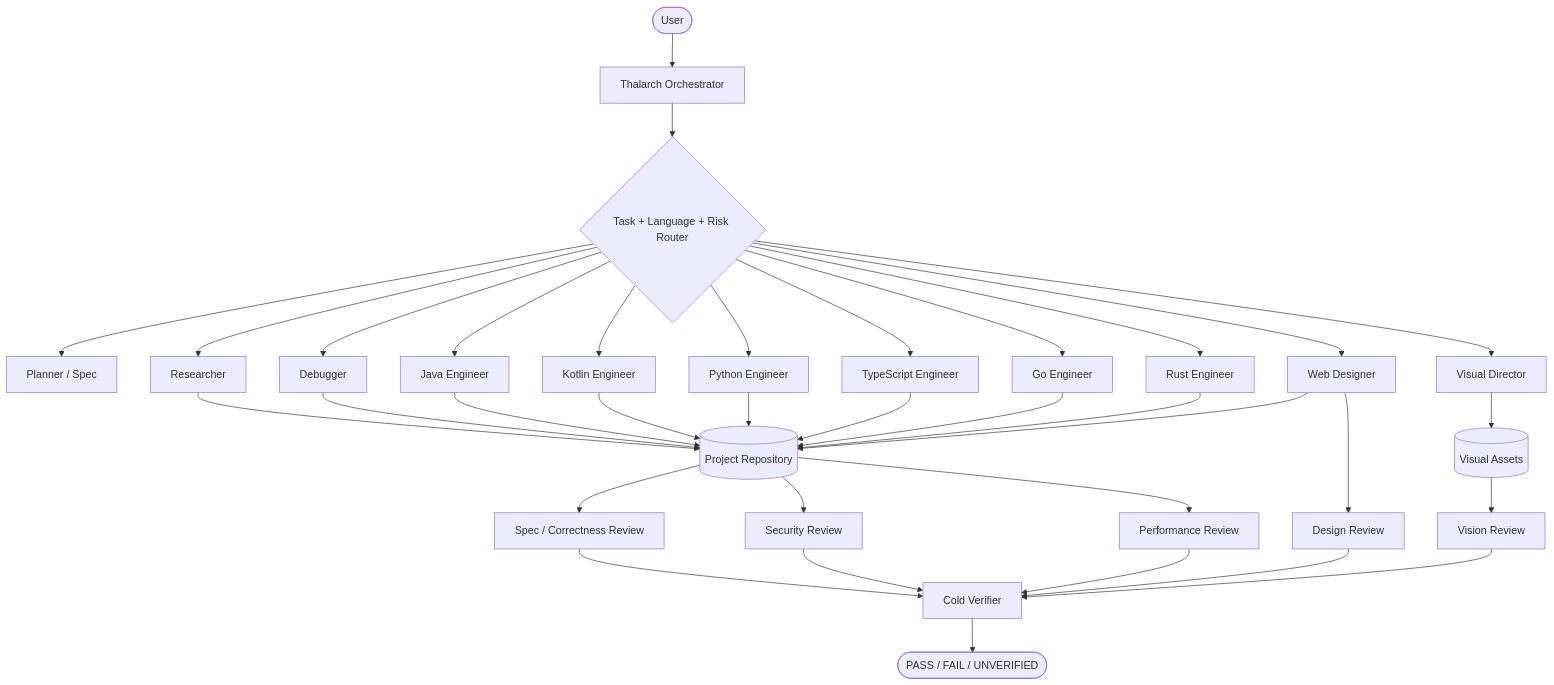
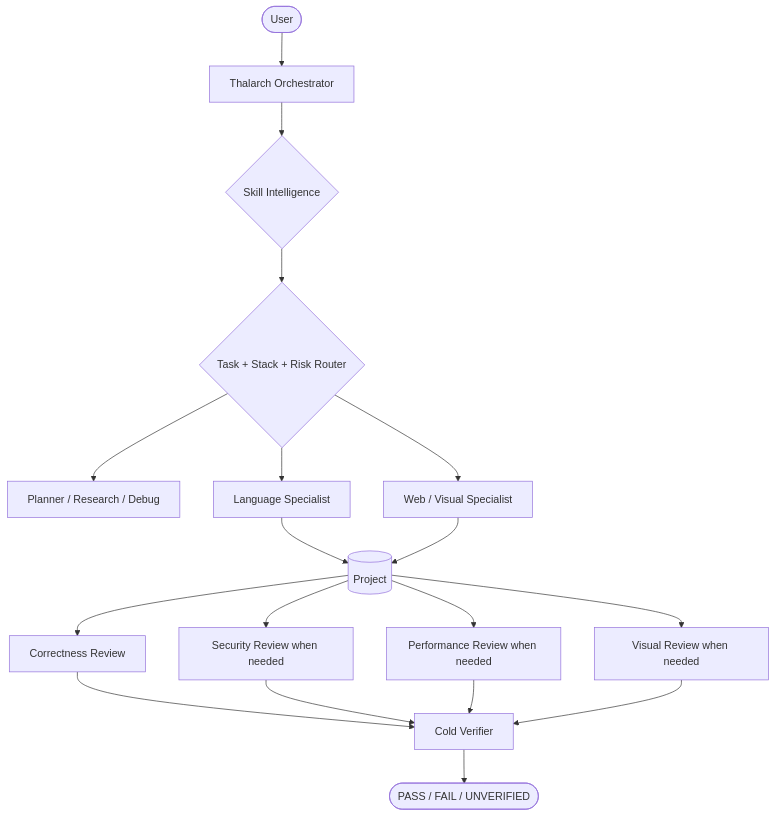
One commit to LUC4N3X/antigravity-thalarch changed the diagram in README.md. Above: the diagram before and after it, drawn with Mermaid. The commit also changed other lines of this file, not shown here.

````diff
--- a/README.md
+++ b/README.md
@@ -98,43 +203,24 @@
 ```mermaid
 graph TD
     U([User]) --> O[Thalarch Orchestrator]
-    O --> R{Task + Language + Risk Router}
+    O --> S{Skill Intelligence}
+    S --> R{Task + Stack + Risk Router}
 
-    R --> P[Planner / Spec]
-    R --> Q[Researcher]
-    R --> D[Debugger]
+    R --> P[Planner / Research / Debug]
+    R --> L[Language Specialist]
+    R --> W[Web / Visual Specialist]
 
-    R --> J[Java Engineer]
-    R --> K[Kotlin Engineer]
-    R --> PY[Python Engineer]
-    R --> TS[TypeScript Engineer]
-    R --> G[Go Engineer]
-    R --> RU[Rust Engineer]
+    L --> C[(Project)]
+    W --> C
 
-    R --> WD[Web Designer]
-    R --> VD[Visual Director]
+    C --> CR[Correctness Review]
+    C --> SR[Security Review when needed]
+    C --> PR[Performance Review when needed]
+    C --> VR[Visual Review when needed]
 
-    J --> C[(Project Repository)]
-    K --> C
-    PY --> C
-    TS --> C
-    G --> C
-    RU --> C
-    WD --> C
-    D --> C
-    Q --> C
-    VD --> A[(Visual Assets)]
-
-    C --> RS[Spec / Correctness Review]
-    C --> RSEC[Security Review]
-    C --> RPERF[Performance Review]
-    A --> VR[Vision Review]
-    WD --> DR[Design Review]
-
-    RS --> V[Cold Verifier]
-    RSEC --> V
-    RPERF --> V
+    CR --> V[Cold Verifier]
+    SR --> V
+    PR --> V
     VR --> V
-    DR --> V
     V --> E([PASS / FAIL / UNVERIFIED])
 ```
````
